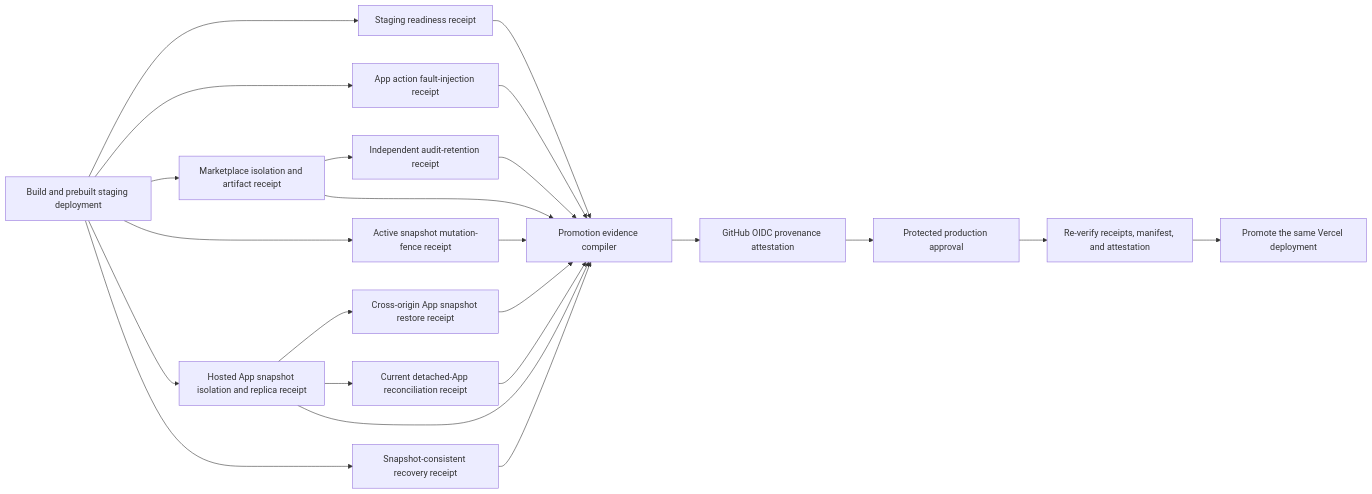
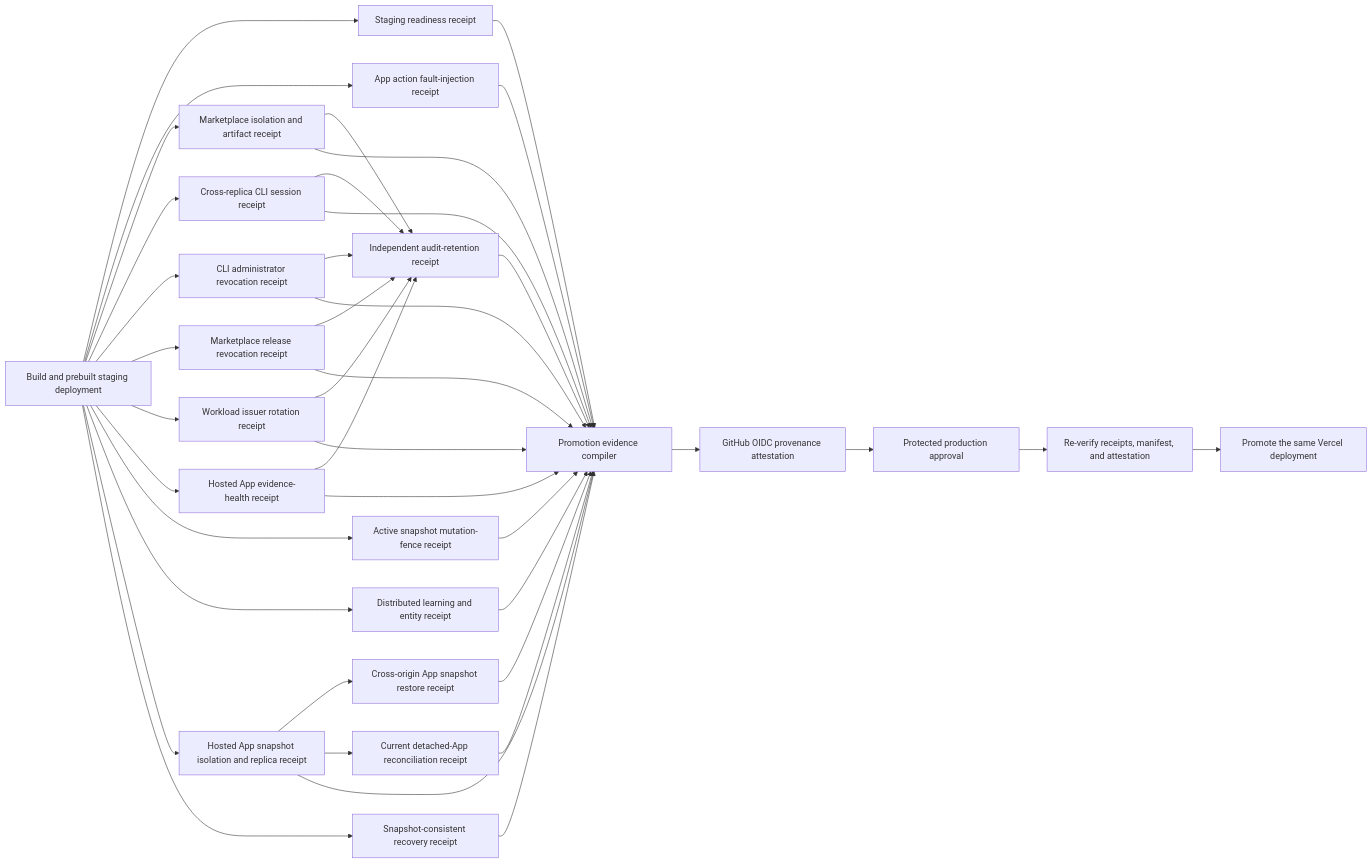
The diagram in docs/PRODUCTION-PROMOTION-EVIDENCE.md (mrrkrieg/loopgraph), drawn with Mermaid before and after one commit. The commit also changed other lines of this file and 161 other files, not shown here.

First line of the commit message:
Require hosted learning evidence for promotion (#176)

````diff
--- a/docs/PRODUCTION-PROMOTION-EVIDENCE.md
+++ b/docs/PRODUCTION-PROMOTION-EVIDENCE.md
@@ -8,25 +8,42 @@
 ```mermaid
 flowchart LR
   V["Build and prebuilt staging deployment"] --> S["Staging readiness receipt"]
   V --> F["App action fault-injection receipt"]
   V --> M["Marketplace isolation and artifact receipt"]
+  V --> U["Cross-replica CLI session receipt"]
+  V --> J["CLI administrator revocation receipt"]
+  V --> K["Marketplace release revocation receipt"]
+  V --> W["Workload issuer rotation receipt"]
+  V --> D["Hosted App evidence-health receipt"]
   V --> Q["Active snapshot mutation-fence receipt"]
+  V --> L["Distributed learning and entity receipt"]
   V --> H["Hosted App snapshot isolation and replica receipt"]
   H --> B["Cross-origin App snapshot restore receipt"]
   H --> C["Current detached-App reconciliation receipt"]
   V --> R["Snapshot-consistent recovery receipt"]
   M --> A["Independent audit-retention receipt"]
+  D --> A
+  U --> A
+  J --> A
+  K --> A
+  W --> A
   S --> E["Promotion evidence compiler"]
   F --> E
   M --> E
+  U --> E
+  J --> E
+  K --> E
+  W --> E
+  D --> E
   Q --> E
+  L --> E
   H --> E
   B --> E
   C --> E
   R --> E
   A --> E
   E --> T["GitHub OIDC provenance attestation"]
   T --> P["Protected production approval"]
   P --> X["Re-verify receipts, manifest, and attestation"]
   X --> Y["Promote the same Vercel deployment"]
 ```
````
